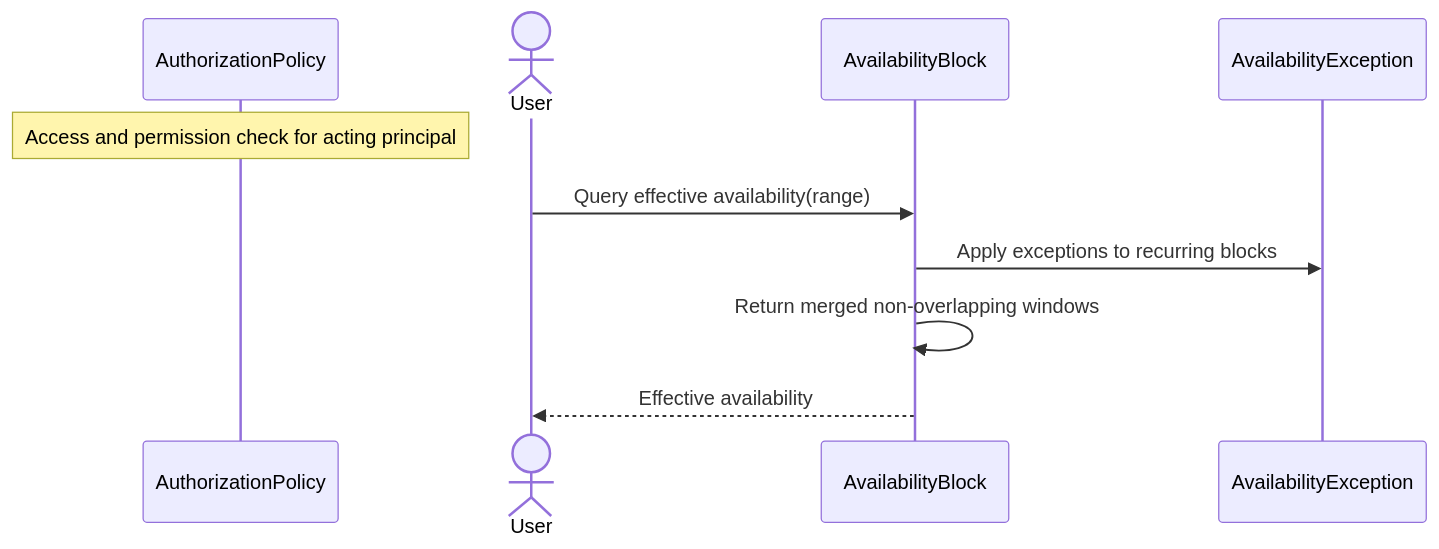
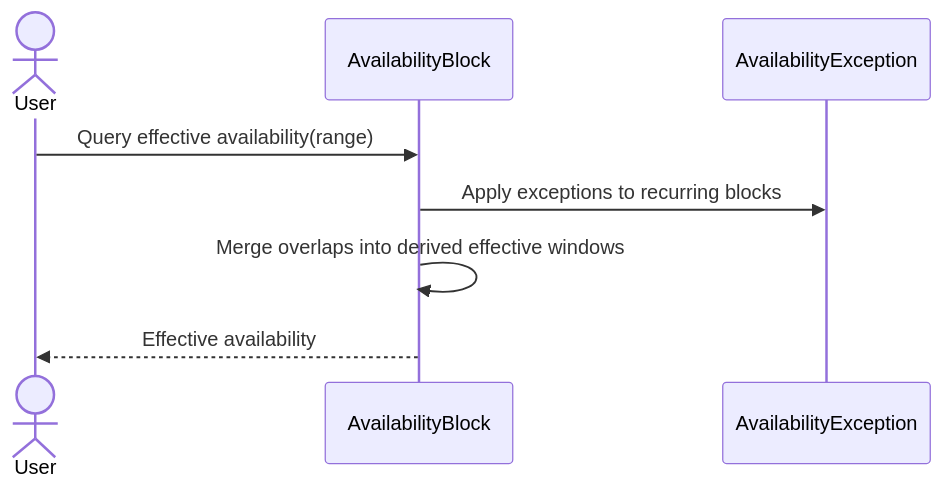
One commit to ChidiRnweke/margin changed the fifth of 11 diagrams in architecture/sequence-diagrams/04-availability-planning.md. Above: the diagram before and after it, drawn with Mermaid. The commit also changed other lines of this file and 12 other files, not shown here.

Commit message:
Enhance sequence diagrams and introduce traceability matrix

````diff
--- a/architecture/sequence-diagrams/04-availability-planning.md
+++ b/architecture/sequence-diagrams/04-availability-planning.md
@@ -67,12 +89,10 @@
 ```mermaid
 sequenceDiagram
-    participant G as AuthorizationPolicy
-    Note over G: Access and permission check for acting principal
     actor U as User
     participant B as AvailabilityBlock
     participant E as AvailabilityException
     U->>B: Query effective availability(range)
     B->>E: Apply exceptions to recurring blocks
-    B->>B: Return merged non-overlapping windows
+    B->>B: Merge overlaps into derived effective windows
     B-->>U: Effective availability
 ```
````
